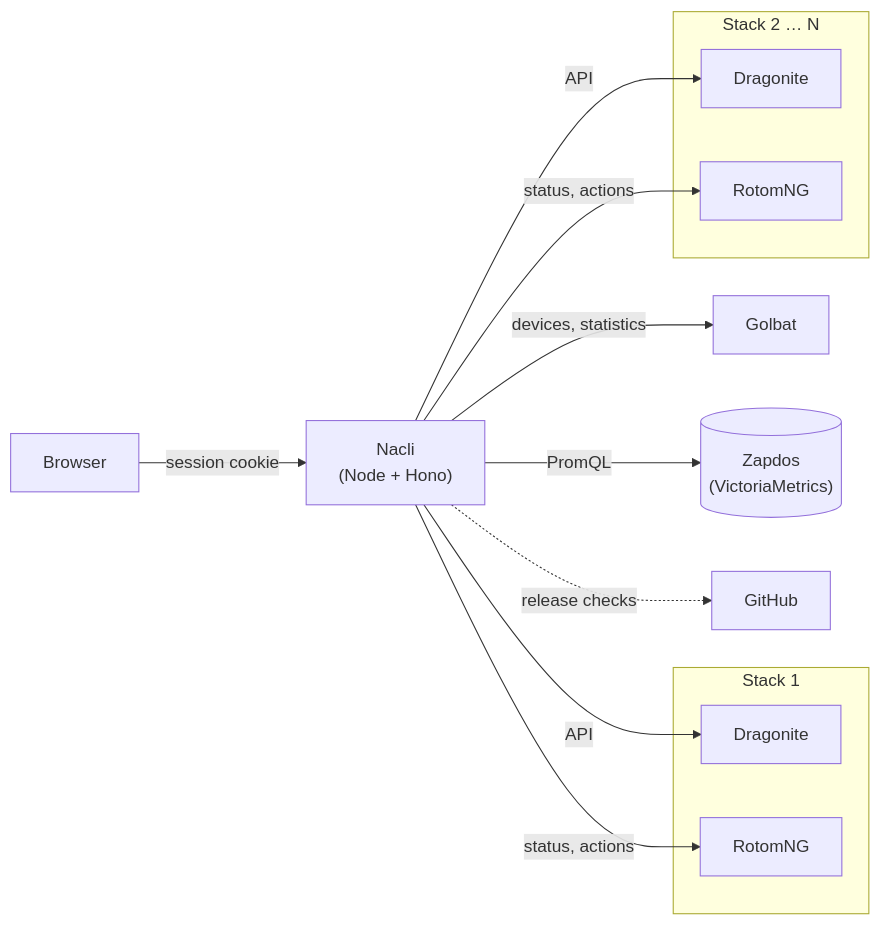
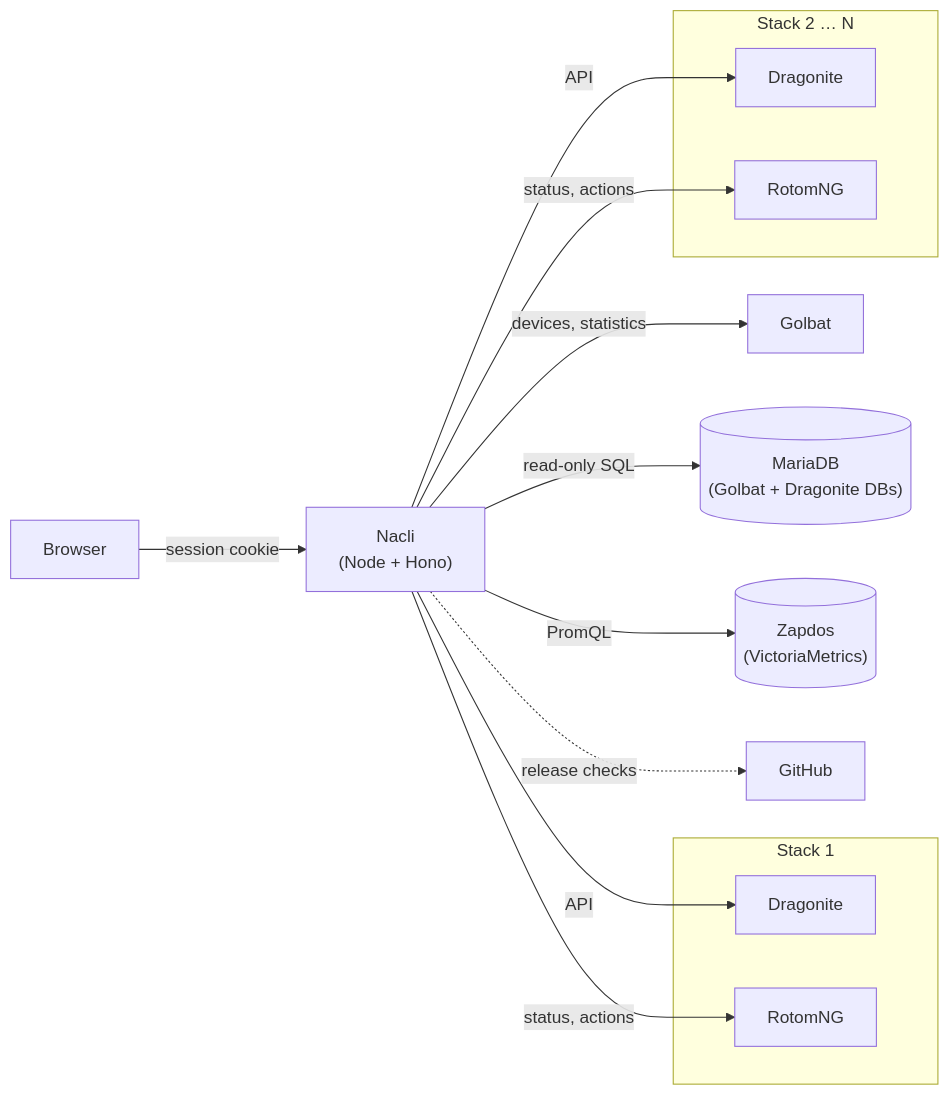
One commit to prof-miles0/nacli changed the diagram in README.md. Above: the diagram before and after it, drawn with Mermaid. The commit also changed other lines of this file and 15 other files, not shown here.

````diff
--- a/README.md
+++ b/README.md
@@ -305,17 +337,18 @@
 ```mermaid
 flowchart LR
     B["Browser"] -- "session cookie" --> N["Nacli<br/>(Node + Hono)"]
     subgraph S1["Stack 1"]
       D1["Dragonite"]
       R1["RotomNG"]
     end
     subgraph S2["Stack 2 … N"]
       D2["Dragonite"]
       R2["RotomNG"]
     end
     N -- "API" --> D1 & D2
     N -- "status, actions" --> R1 & R2
     N -- "devices, statistics" --> G["Golbat"]
+    N -- "read-only SQL" --> M[("MariaDB<br/>(Golbat + Dragonite DBs)")]
     N -- "PromQL" --> V[("Zapdos<br/>(VictoriaMetrics)")]
     N -. "release checks" .-> GH["GitHub"]
 ```
````
